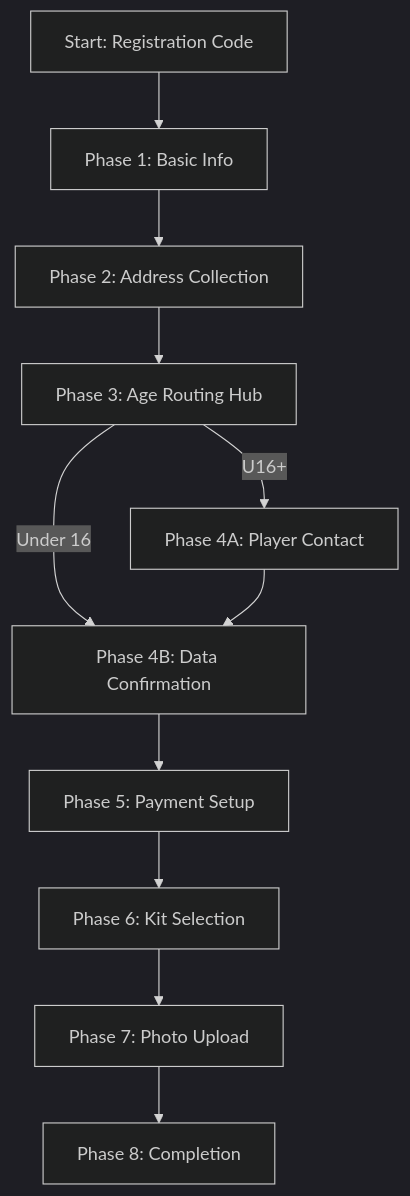
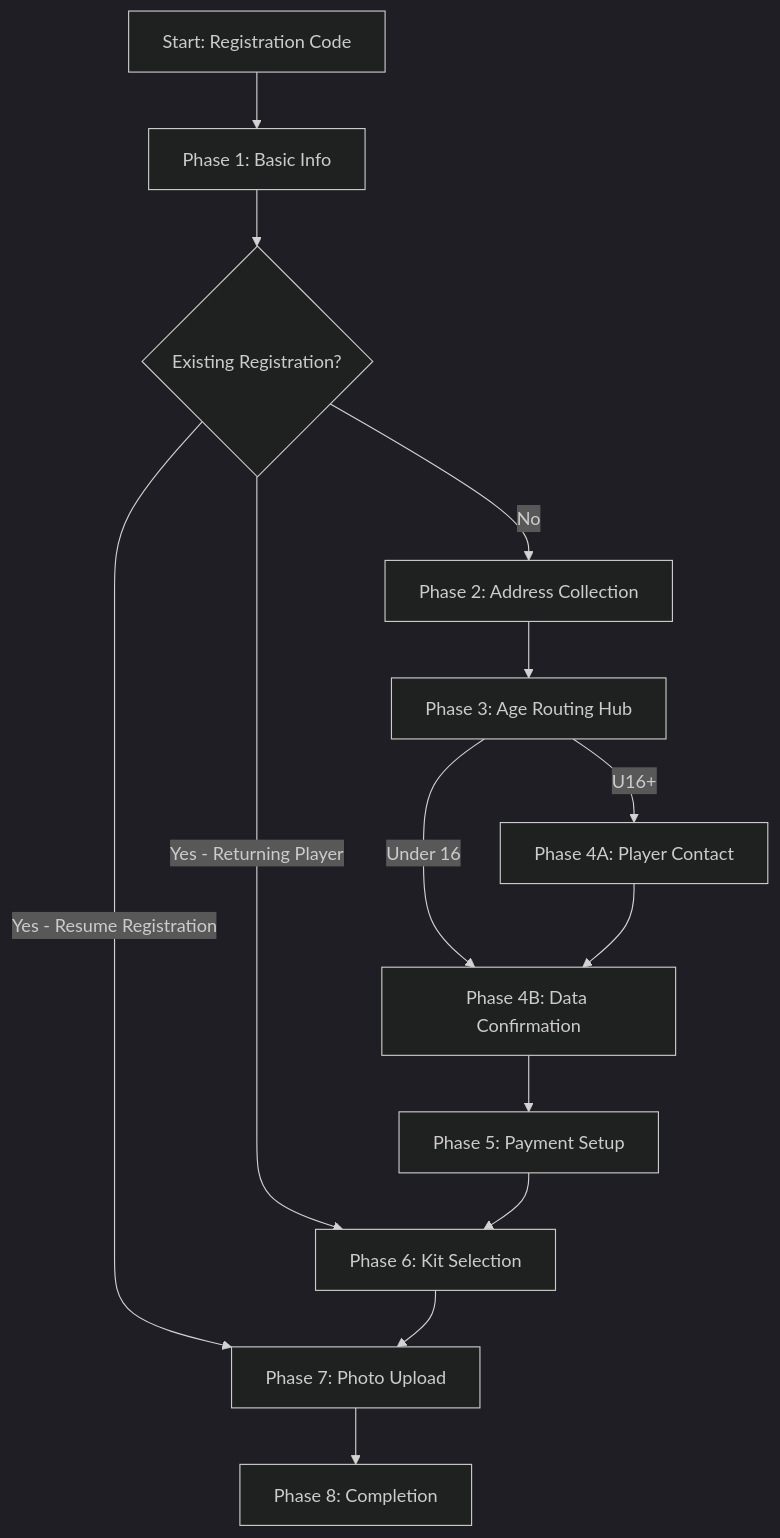
Before and after one commit to junksamiad/utjfc_reg_agent: the diagram in system_docs/backend/registration_workflow_LLD.md, drawn with Mermaid (dark theme). The commit also changed other lines of this file and 4 other files, not shown here.

````diff
--- a/system_docs/backend/registration_workflow_LLD.md
+++ b/system_docs/backend/registration_workflow_LLD.md
@@ -27,13 +27,16 @@
 ```mermaid
 graph TB
     A[Start: Registration Code] --> B[Phase 1: Basic Info]
-    B --> C[Phase 2: Address Collection]
-    C --> D[Phase 3: Age Routing Hub]
-    D -->|U16+| E[Phase 4A: Player Contact]
-    D -->|Under 16| F[Phase 4B: Data Confirmation]
+    B --> C{Existing Registration?}
+    C -->|No| D[Phase 2: Address Collection]
+    C -->|Yes - Returning Player| E[Phase 6: Kit Selection]
+    C -->|Yes - Resume Registration| F[Phase 7: Photo Upload]
+    D --> G[Phase 3: Age Routing Hub]
+    G -->|U16+| H[Phase 4A: Player Contact]
+    G -->|Under 16| I[Phase 4B: Data Confirmation]
+    H --> I
+    I --> J[Phase 5: Payment Setup]
+    J --> E
     E --> F
-    F --> G[Phase 5: Payment Setup]
-    G --> H[Phase 6: Kit Selection]
-    H --> I[Phase 7: Photo Upload]
-    I --> J[Phase 8: Completion]
+    F --> K[Phase 8: Completion]
 ```
````
